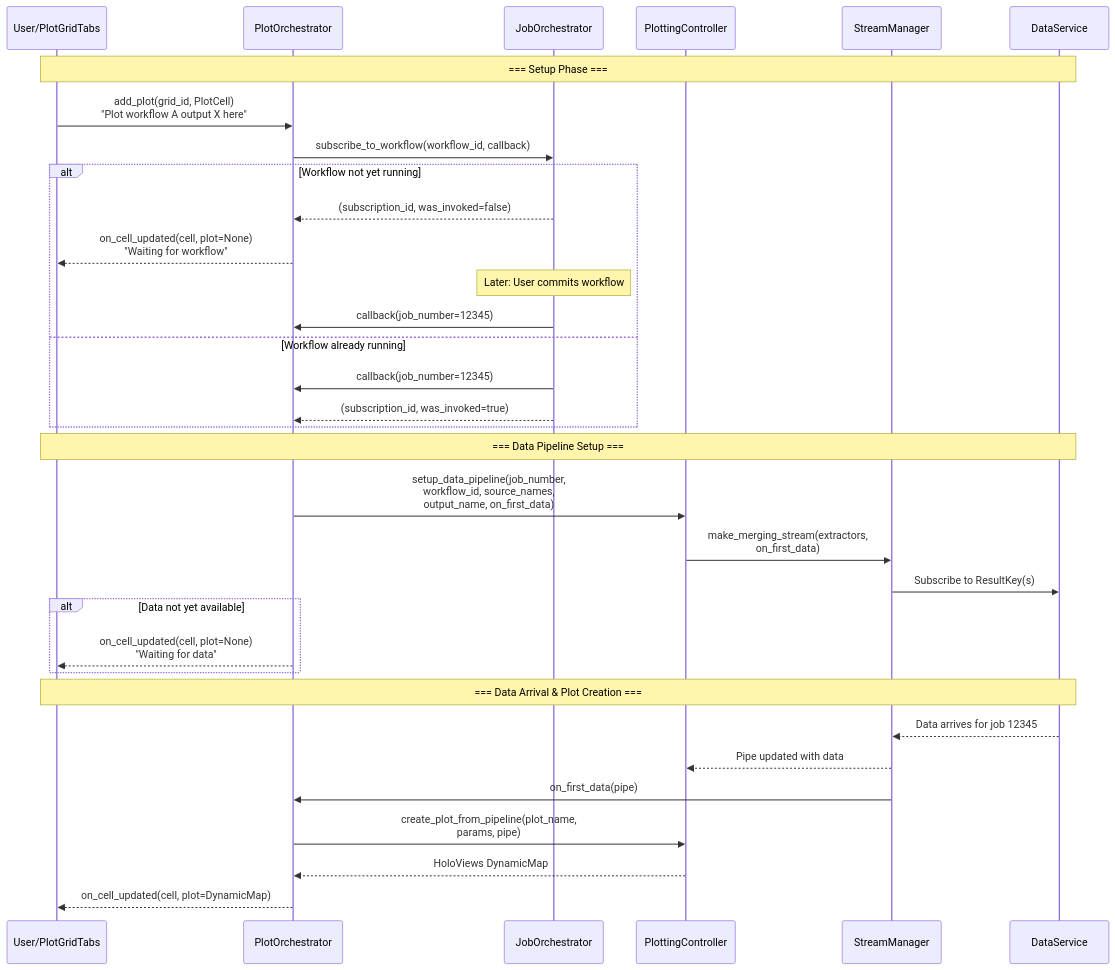
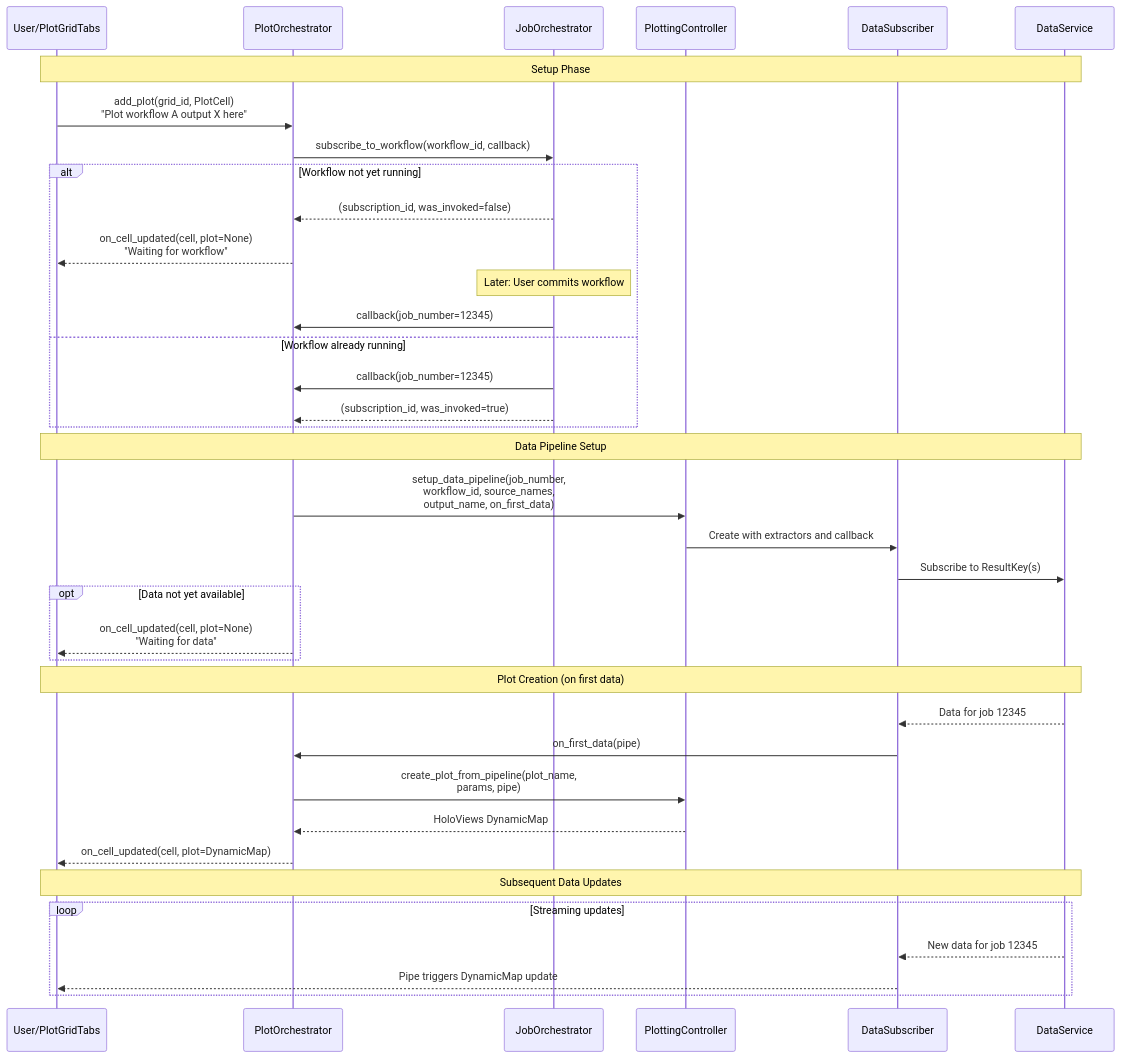
The diagram in docs/developer/design/orchestrator-flow.md (scipp/esslivedata), drawn with Mermaid before and after one commit. The commit also changed other lines of this file, not shown here.

Commit message:
Refine diagram

````diff
--- a/docs/developer/design/orchestrator-flow.md
+++ b/docs/developer/design/orchestrator-flow.md
@@ -14,41 +14,46 @@
 ```mermaid
 sequenceDiagram
     participant User as User/PlotGridTabs
     participant PO as PlotOrchestrator
     participant JO as JobOrchestrator
     participant PC as PlottingController
-    participant SM as StreamManager
+    participant Sub as DataSubscriber
     participant DS as DataService
 
-    Note over User,DS: === Setup Phase ===
+    Note over User,DS: Setup Phase
     User->>PO: add_plot(grid_id, PlotCell)<br/>"Plot workflow A output X here"
     PO->>JO: subscribe_to_workflow(workflow_id, callback)
 
     alt Workflow not yet running
         JO-->>PO: (subscription_id, was_invoked=false)
         PO-->>User: on_cell_updated(cell, plot=None)<br/>"Waiting for workflow"
 
         Note over JO: Later: User commits workflow
         JO->>PO: callback(job_number=12345)
     else Workflow already running
         JO->>PO: callback(job_number=12345)
         JO-->>PO: (subscription_id, was_invoked=true)
     end
 
-    Note over User,DS: === Data Pipeline Setup ===
+    Note over User,DS: Data Pipeline Setup
     PO->>PC: setup_data_pipeline(job_number,<br/>workflow_id, source_names,<br/>output_name, on_first_data)
-    PC->>SM: make_merging_stream(extractors,<br/>on_first_data)
-    SM->>DS: Subscribe to ResultKey(s)
+    PC->>Sub: Create with extractors and callback
+    Sub->>DS: Subscribe to ResultKey(s)
 
-    alt Data not yet available
+    opt Data not yet available
         PO-->>User: on_cell_updated(cell, plot=None)<br/>"Waiting for data"
     end
 
-    Note over User,DS: === Data Arrival & Plot Creation ===
-    DS-->>SM: Data arrives for job 12345
-    SM-->>PC: Pipe updated with data
-    SM->>PO: on_first_data(pipe)
+    Note over User,DS: Plot Creation (on first data)
+    DS-->>Sub: Data for job 12345
+    Sub->>PO: on_first_data(pipe)
     PO->>PC: create_plot_from_pipeline(plot_name,<br/>params, pipe)
     PC-->>PO: HoloViews DynamicMap
     PO-->>User: on_cell_updated(cell, plot=DynamicMap)
+
+    Note over User,DS: Subsequent Data Updates
+    loop Streaming updates
+        DS-->>Sub: New data for job 12345
+        Sub-->>User: Pipe triggers DynamicMap update
+    end
 ```
````
